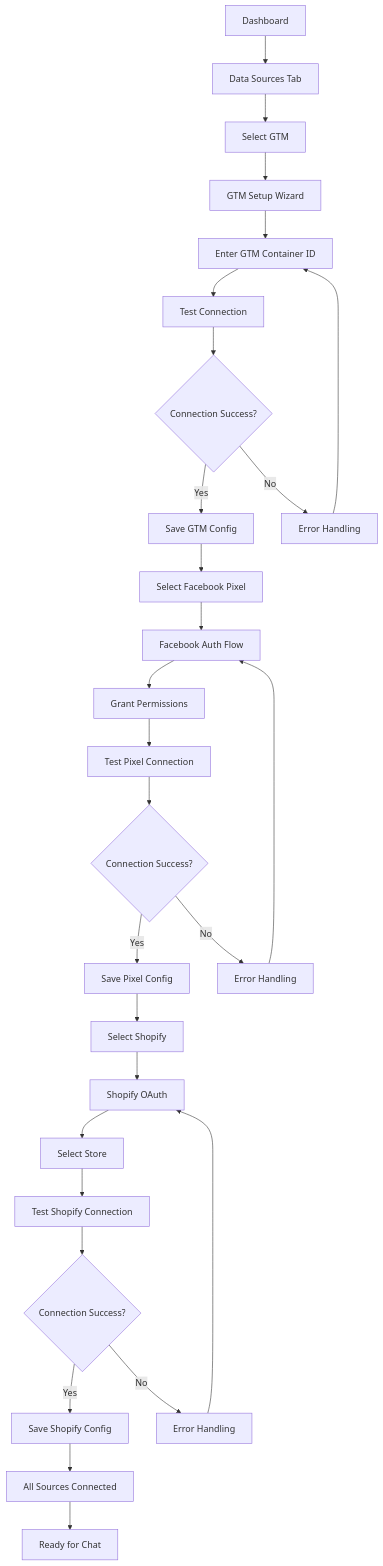
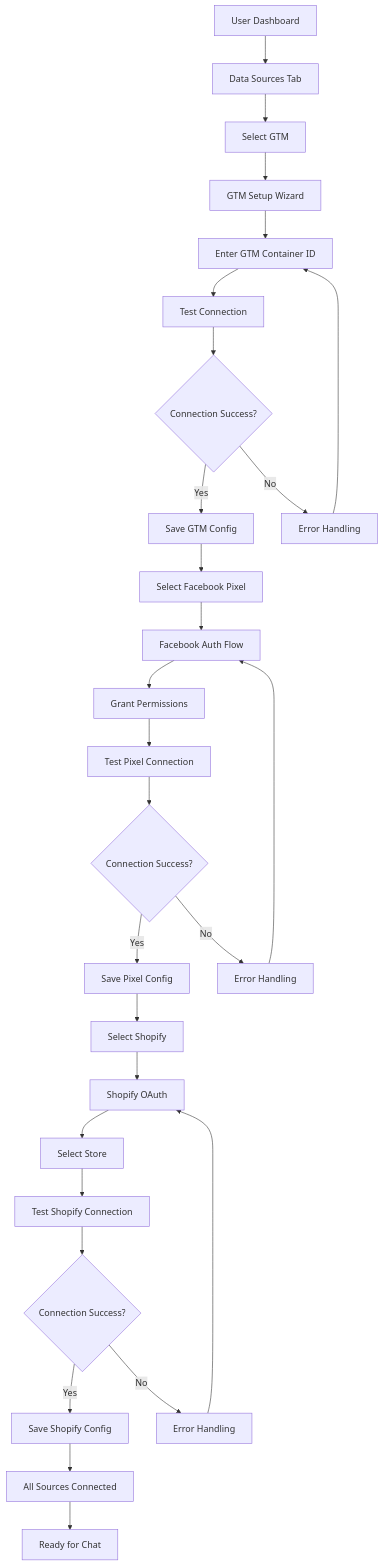
Before and after one commit to sakibrahmanchy/markopolo-ai-fullstack-challenge: the third of 5 diagrams in docs/user-flow.md, drawn with Mermaid. The commit also changed other lines of this file and 1 other file, not shown here.

````diff
--- a/docs/user-flow.md
+++ b/docs/user-flow.md
@@ -54,30 +53,30 @@
 ```mermaid
 flowchart TD
-    A[Dashboard] --> B[Data Sources Tab]
+    A[User Dashboard] --> B[Data Sources Tab]
     B --> C[Select GTM]
     C --> D[GTM Setup Wizard]
     D --> E[Enter GTM Container ID]
     E --> F[Test Connection]
     F --> G{Connection Success?}
     G -->|Yes| H[Save GTM Config]
     G -->|No| I[Error Handling]
     I --> E
     H --> J[Select Facebook Pixel]
     J --> K[Facebook Auth Flow]
     K --> L[Grant Permissions]
     L --> M[Test Pixel Connection]
     M --> N{Connection Success?}
     N -->|Yes| O[Save Pixel Config]
     N -->|No| P[Error Handling]
     P --> K
     O --> Q[Select Shopify]
     Q --> R[Shopify OAuth]
     R --> S[Select Store]
     S --> T[Test Shopify Connection]
     T --> U{Connection Success?}
     U -->|Yes| V[Save Shopify Config]
     U -->|No| W[Error Handling]
     W --> R
     V --> X[All Sources Connected]
     X --> Y[Ready for Chat]
 ```
````
